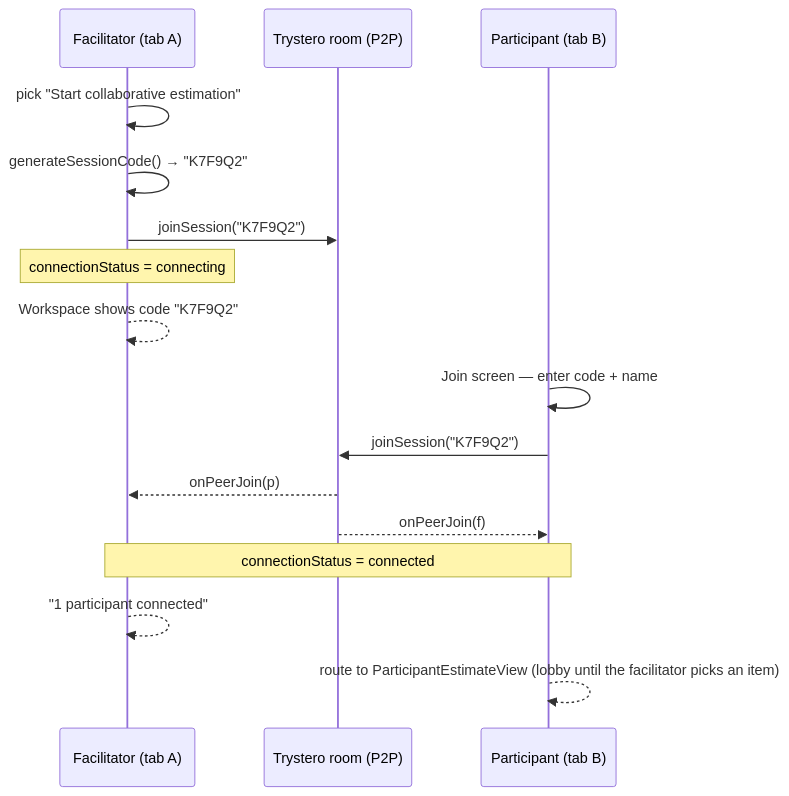
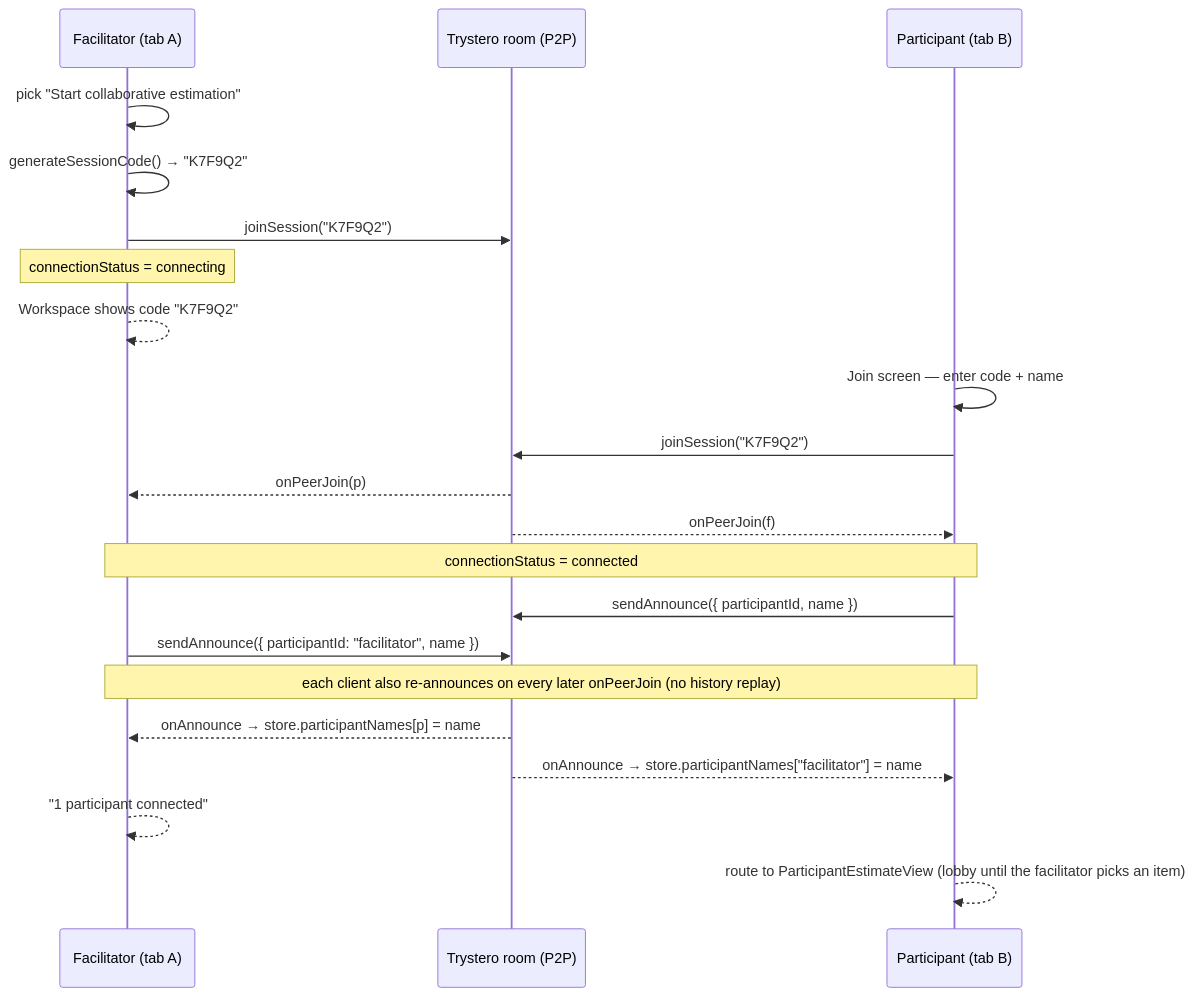
One commit to cfisch3r/estimate changed the second of 5 diagrams in docs/concepts/collaboration-mode.md. Above: the diagram before and after it, drawn with Mermaid. The commit also changed other lines of this file and 11 other files, not shown here.

````diff
--- a/docs/concepts/collaboration-mode.md
+++ b/docs/concepts/collaboration-mode.md
@@ -119,20 +120,25 @@
 ```mermaid
 sequenceDiagram
   participant F as Facilitator (tab A)
   participant R as Trystero room (P2P)
   participant P as Participant (tab B)
 
   F->>F: pick "Start collaborative estimation"
   F->>F: generateSessionCode() → "K7F9Q2"
   F->>R: joinSession("K7F9Q2")
   Note over F: connectionStatus = connecting
   F-->>F: Workspace shows code "K7F9Q2"
 
   P->>P: Join screen — enter code + name
   P->>R: joinSession("K7F9Q2")
   R-->>F: onPeerJoin(p)
   R-->>P: onPeerJoin(f)
   Note over F,P: connectionStatus = connected
+  P->>R: sendAnnounce({ participantId, name })
+  F->>R: sendAnnounce({ participantId: "facilitator", name })
+  Note over F,P: each client also re-announces on every later onPeerJoin (no history replay)
+  R-->>F: onAnnounce → store.participantNames[p] = name
+  R-->>P: onAnnounce → store.participantNames["facilitator"] = name
   F-->>F: "1 participant connected"
   P-->>P: route to ParticipantEstimateView (lobby until the facilitator picks an item)
 ```
````
